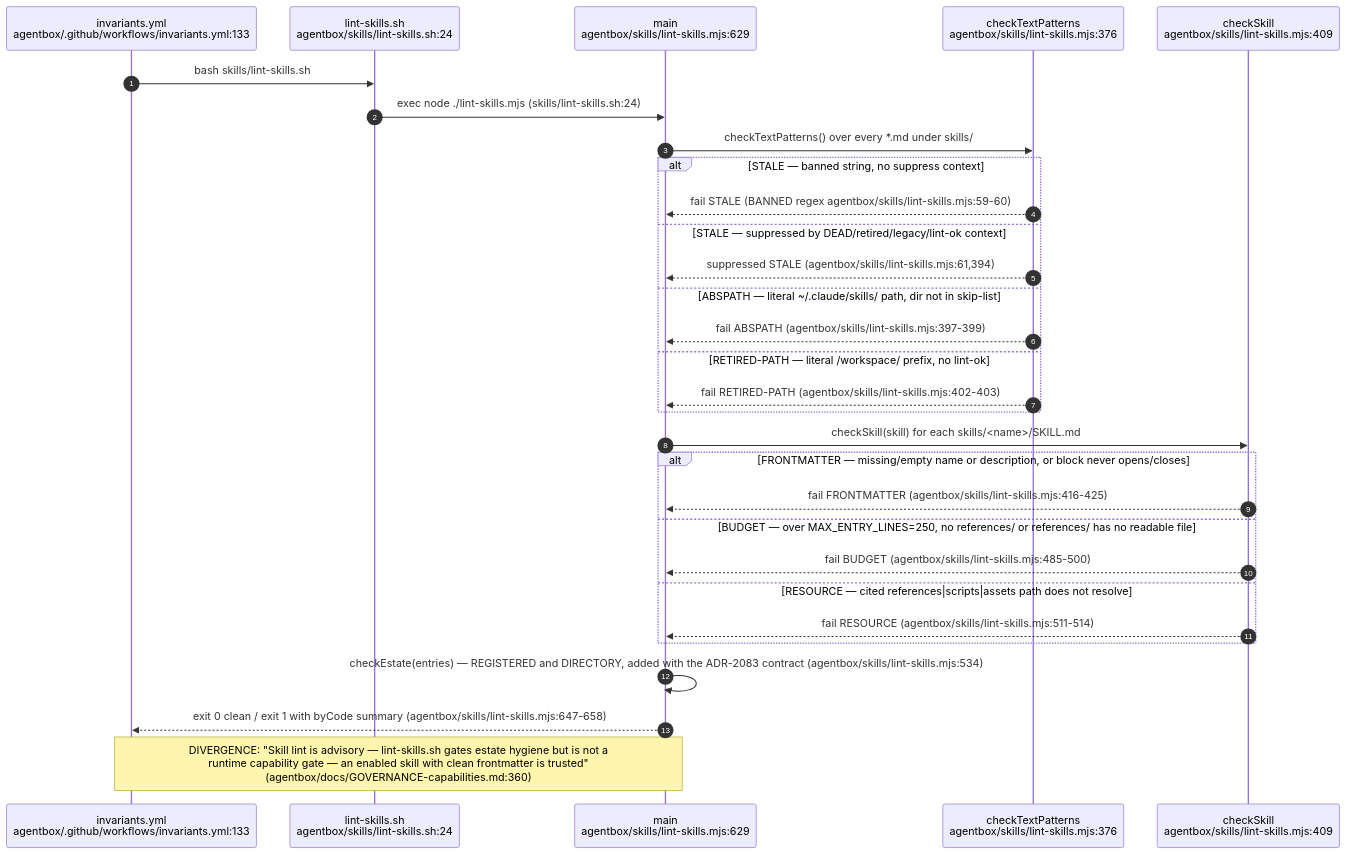
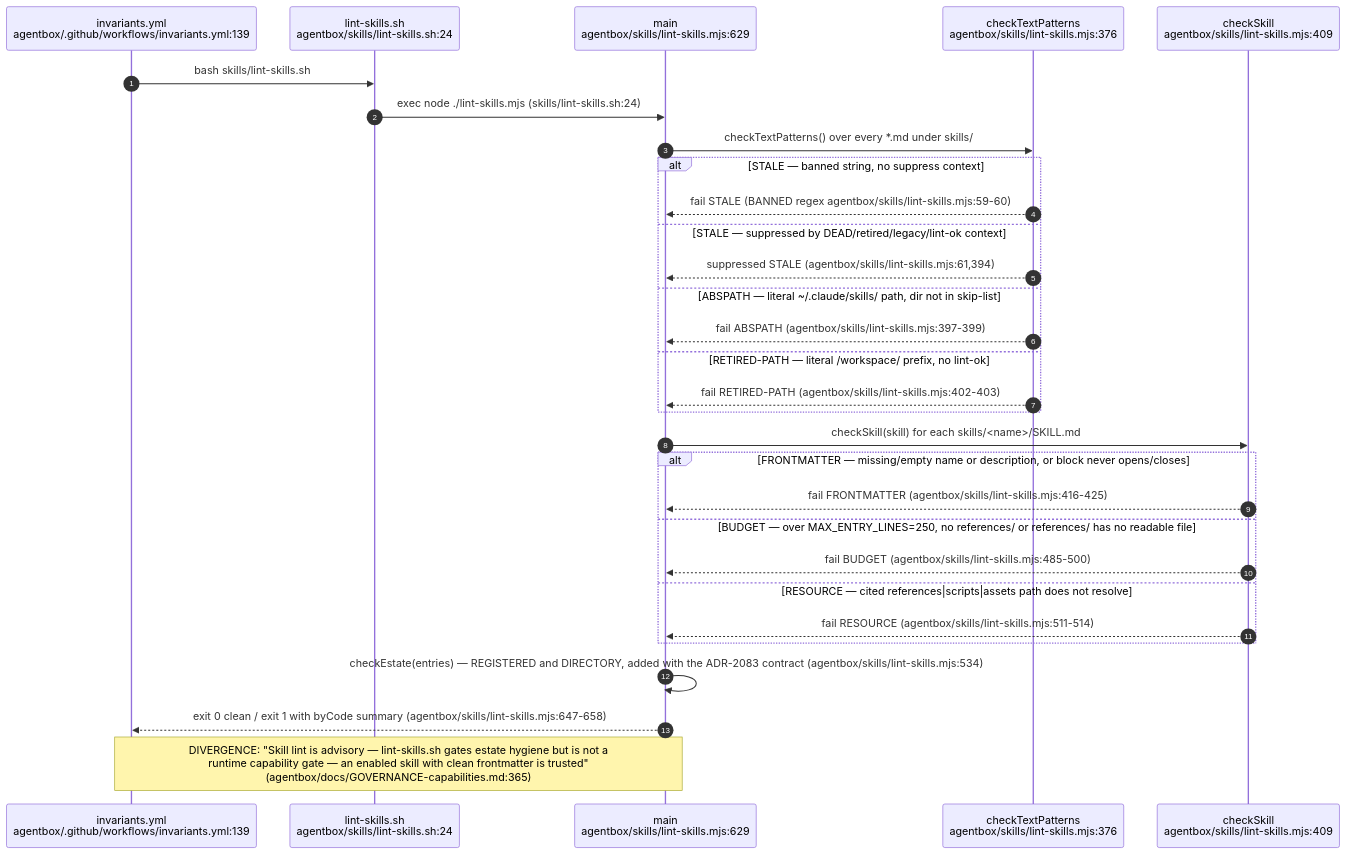
The third of 12 diagrams in docs/diagrams/agentbox/22-skills-and-routing.md (DreamLab-AI/VisionFlow), drawn with Mermaid before and after one commit. The commit also changed other lines of this file and 160 other files, not shown here.

````diff
--- a/docs/diagrams/agentbox/22-skills-and-routing.md
+++ b/docs/diagrams/agentbox/22-skills-and-routing.md
@@ -149,33 +155,33 @@
 ```mermaid
 sequenceDiagram
     autonumber
-    participant CI as invariants.yml<br/>agentbox/.github/workflows/invariants.yml:133
+    participant CI as invariants.yml<br/>agentbox/.github/workflows/invariants.yml:139
     participant SH as lint-skills.sh<br/>agentbox/skills/lint-skills.sh:24
     participant MJS as main<br/>agentbox/skills/lint-skills.mjs:629
     participant TXT as checkTextPatterns<br/>agentbox/skills/lint-skills.mjs:376
     participant SKC as checkSkill<br/>agentbox/skills/lint-skills.mjs:409
 
     CI->>SH: bash skills/lint-skills.sh
     SH->>MJS: exec node ./lint-skills.mjs (skills/lint-skills.sh:24)
     MJS->>TXT: checkTextPatterns() over every *.md under skills/
     alt STALE — banned string, no suppress context
         TXT-->>MJS: fail STALE (BANNED regex agentbox/skills/lint-skills.mjs:59-60)
     else STALE — suppressed by DEAD/retired/legacy/lint-ok context
         TXT-->>MJS: suppressed STALE (agentbox/skills/lint-skills.mjs:61,394)
     else ABSPATH — literal ~/.claude/skills/ path, dir not in skip-list
         TXT-->>MJS: fail ABSPATH (agentbox/skills/lint-skills.mjs:397-399)
     else RETIRED-PATH — literal /workspace/ prefix, no lint-ok
         TXT-->>MJS: fail RETIRED-PATH (agentbox/skills/lint-skills.mjs:402-403)
     end
     MJS->>SKC: checkSkill(skill) for each skills/<name>/SKILL.md
     alt FRONTMATTER — missing/empty name or description, or block never opens/closes
         SKC-->>MJS: fail FRONTMATTER (agentbox/skills/lint-skills.mjs:416-425)
     else BUDGET — over MAX_ENTRY_LINES=250, no references/ or references/ has no readable file
         SKC-->>MJS: fail BUDGET (agentbox/skills/lint-skills.mjs:485-500)
     else RESOURCE — cited references|scripts|assets path does not resolve
         SKC-->>MJS: fail RESOURCE (agentbox/skills/lint-skills.mjs:511-514)
     end
     MJS->>MJS: checkEstate(entries) — REGISTERED and DIRECTORY, added with the ADR-2083 contract (agentbox/skills/lint-skills.mjs:534)
     MJS-->>CI: exit 0 clean / exit 1 with byCode summary (agentbox/skills/lint-skills.mjs:647-658)
-    Note over MJS,CI: DIVERGENCE: "Skill lint is advisory — lint-skills.sh gates estate hygiene but is not a<br/>runtime capability gate — an enabled skill with clean frontmatter is trusted"<br/>(agentbox/docs/GOVERNANCE-capabilities.md:360)
+    Note over MJS,CI: DIVERGENCE: "Skill lint is advisory — lint-skills.sh gates estate hygiene but is not a<br/>runtime capability gate — an enabled skill with clean frontmatter is trusted"<br/>(agentbox/docs/GOVERNANCE-capabilities.md:365)
 ```
````
